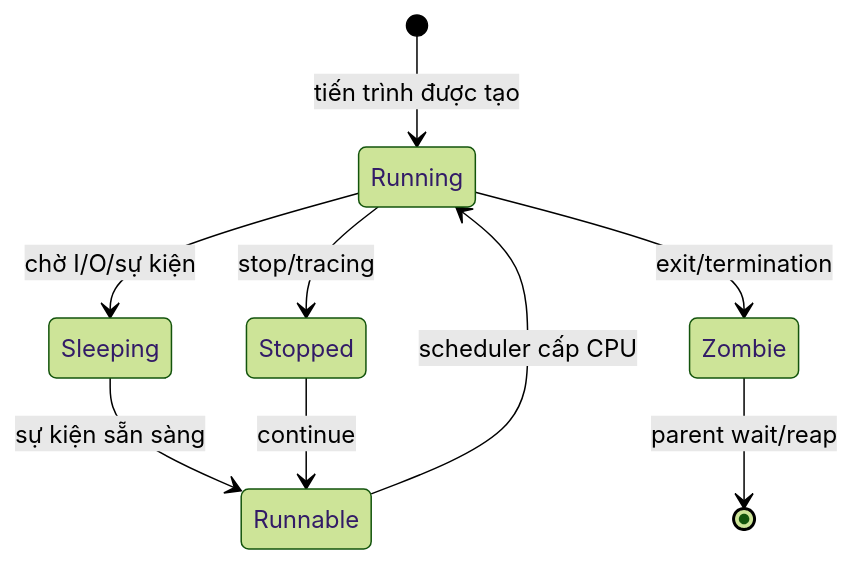
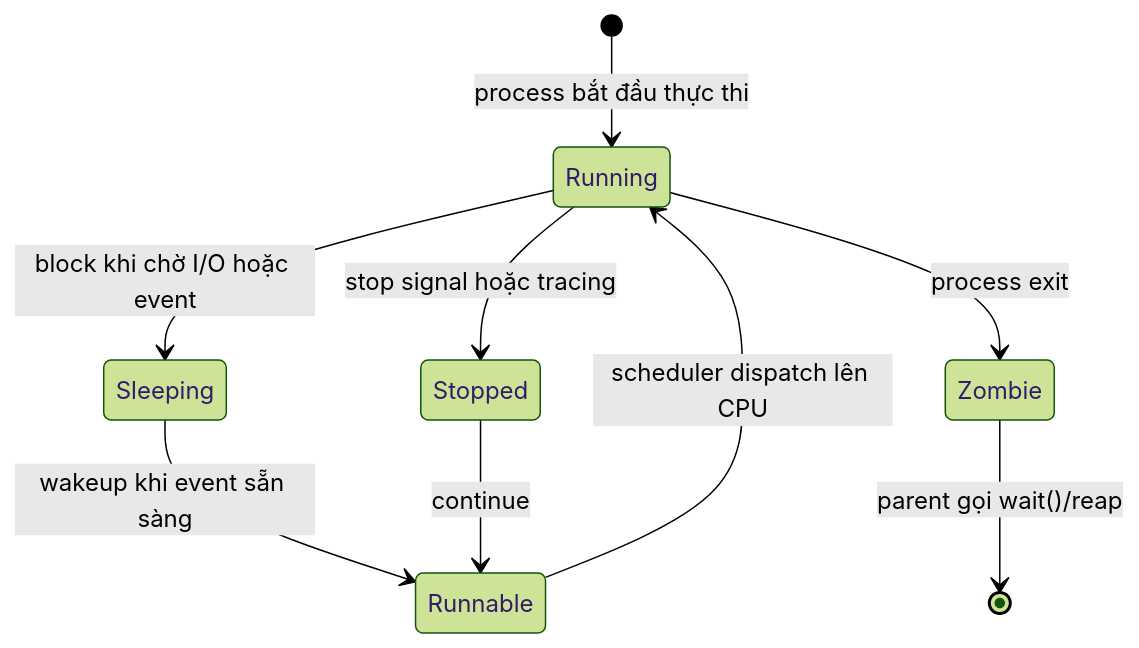
The diagram in phase-01/README-topic-04.md (hai-kevins/embedded-linux), drawn with Mermaid (forest theme) before and after one commit. The commit also changed 8 other files, not shown here.

````diff
--- a/phase-01/README-topic-04.md
+++ b/phase-01/README-topic-04.md
@@ -664,11 +664,11 @@
 ```mermaid
 stateDiagram-v2
-    [*] --> Running: tiến trình được tạo
-    Running --> Sleeping: chờ I/O/sự kiện
-    Sleeping --> Runnable: sự kiện sẵn sàng
-    Runnable --> Running: scheduler cấp CPU
-    Running --> Stopped: stop/tracing
+    [*] --> Running: process bắt đầu thực thi
+    Running --> Sleeping: block khi chờ I/O hoặc event
+    Sleeping --> Runnable: wakeup khi event sẵn sàng
+    Runnable --> Running: scheduler dispatch lên CPU
+    Running --> Stopped: stop signal hoặc tracing
     Stopped --> Runnable: continue
-    Running --> Zombie: exit/termination
-    Zombie --> [*]: parent wait/reap
+    Running --> Zombie: process exit
+    Zombie --> [*]: parent gọi wait()/reap
 ```
````
